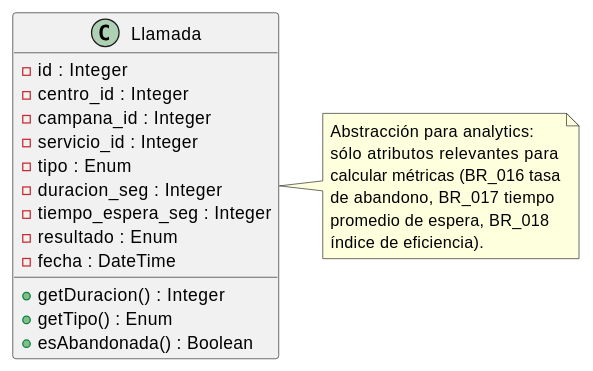
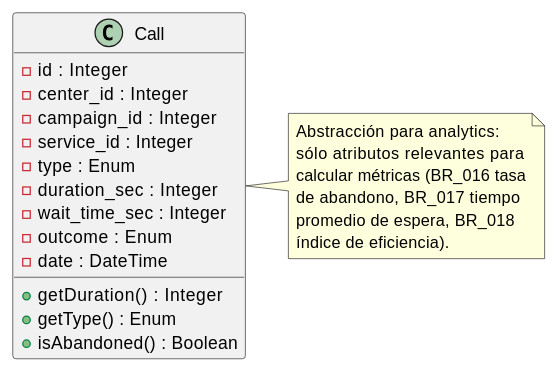
One commit to jcg-admin/IACT-docs changed the diagram in source/requisitos/_metodologia-aplicacion/orientacion-objetos/abstraccion-correcta-para-iact.rst. Above: the diagram before and after it, drawn with PlantUML. The commit also changed 6 other files, not shown here.

```diff
--- a/source/requisitos/_metodologia-aplicacion/orientacion-objetos/abstraccion-correcta-para-iact.rst
+++ b/source/requisitos/_metodologia-aplicacion/orientacion-objetos/abstraccion-correcta-para-iact.rst
@@ -4,27 +4,27 @@
 .. uml::
 
    @startuml
 
-   class Llamada {
+   class Call {
      - id : Integer
-     - centro_id : Integer
-     - campana_id : Integer
-     - servicio_id : Integer
-     - tipo : Enum
-     - duracion_seg : Integer
-     - tiempo_espera_seg : Integer
-     - resultado : Enum
-     - fecha : DateTime
-     + getDuracion() : Integer
-     + getTipo() : Enum
-     + esAbandonada() : Boolean
+     - center_id : Integer
+     - campaign_id : Integer
+     - service_id : Integer
+     - type : Enum
+     - duration_sec : Integer
+     - wait_time_sec : Integer
+     - outcome : Enum
+     - date : DateTime
+     + getDuration() : Integer
+     + getType() : Enum
+     + isAbandoned() : Boolean
    }
-   note right of Llamada
+   note right of Call
      Abstracción para analytics:
      sólo atributos relevantes para
      calcular métricas (BR_016 tasa
      de abandono, BR_017 tiempo
      promedio de espera, BR_018
      índice de eficiencia).
    end note
    @enduml
```
